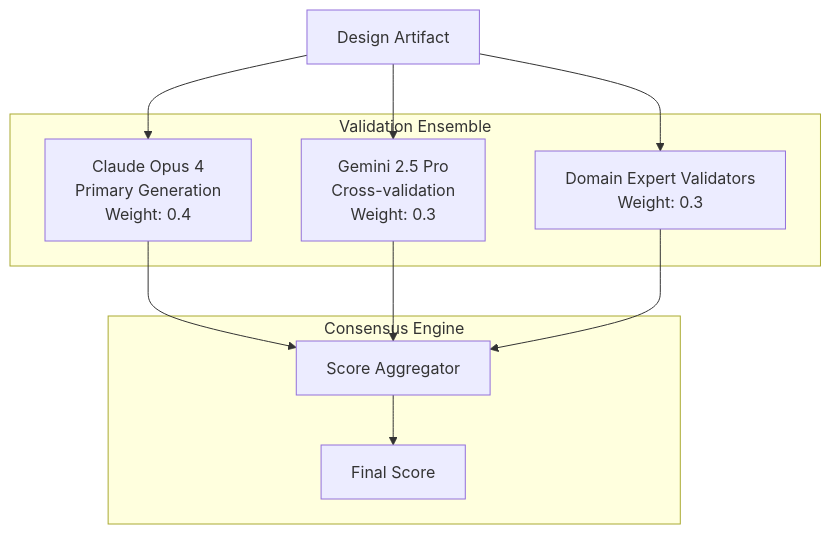
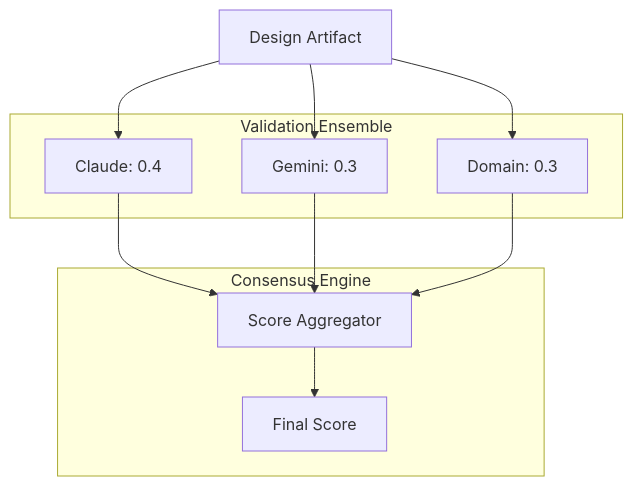
Before and after one commit to adverant/adverant-nexus-ee-design-partner: the eighth of 9 diagrams in ARCHITECTURE.md, drawn with Mermaid. The commit also changed other lines of this file, not shown here.

First line of the commit message:
docs: fix Mermaid diagram rendering for marketplace

````diff
--- a/ARCHITECTURE.md
+++ b/ARCHITECTURE.md
@@ -281,25 +293,25 @@
 ```mermaid
 graph TB
     Artifact[Design Artifact]
 
     subgraph "Validation Ensemble"
-        Claude[Claude Opus 4<br/>Primary Generation<br/>Weight: 0.4]
-        Gemini[Gemini 2.5 Pro<br/>Cross-validation<br/>Weight: 0.3]
-        Domain[Domain Expert Validators<br/>Weight: 0.3]
+        Claude[Claude: 0.4]
+        Gemini[Gemini: 0.3]
+        Domain[Domain: 0.3]
     end
 
     subgraph "Consensus Engine"
         Aggregator[Score Aggregator]
         FinalScore[Final Score]
     end
 
     Artifact --> Claude
     Artifact --> Gemini
     Artifact --> Domain
 
     Claude --> Aggregator
     Gemini --> Aggregator
     Domain --> Aggregator
 
     Aggregator --> FinalScore
 ```
````
